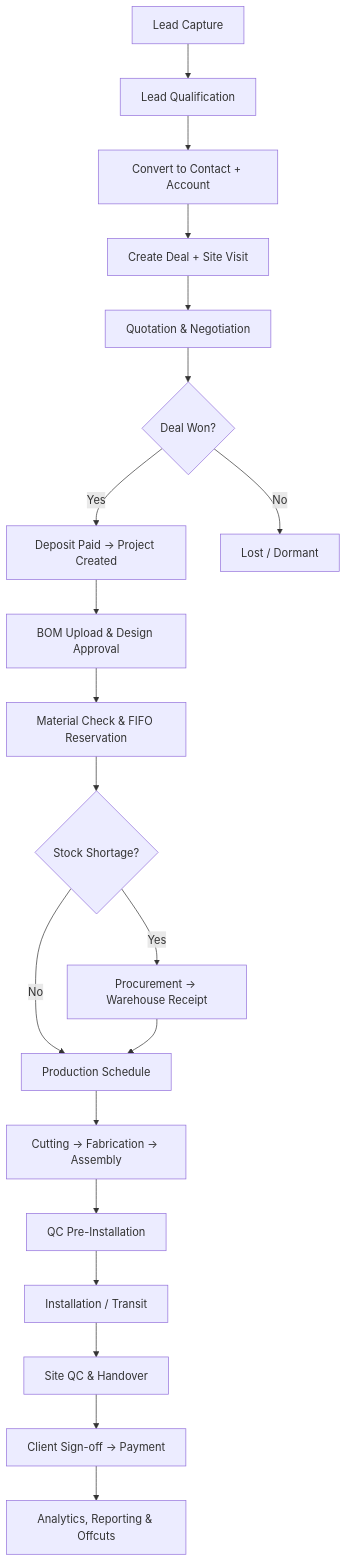
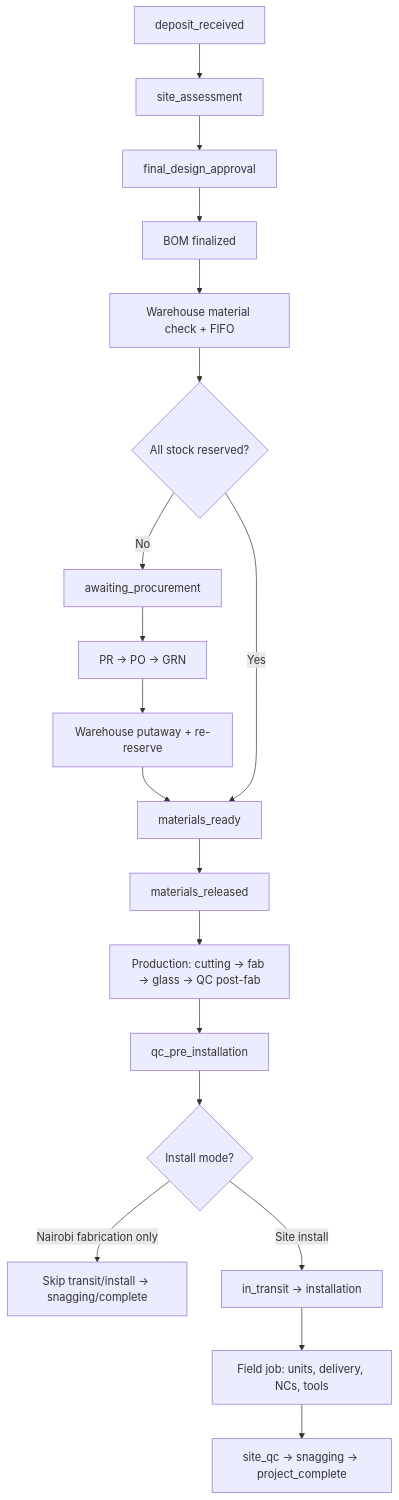
Before and after one commit to hassankirwa/BiboErm-Prod: the second of 3 diagrams in README.md, drawn with Mermaid. The commit also changed other lines of this file and 151 other files, not shown here.

First line of the commit message:
feat(ops): harden warehouse reservations, glass orders, and production flow

````diff
--- a/README.md
+++ b/README.md
@@ -63,22 +79,21 @@
 ```mermaid
 flowchart TD
-    A[Lead Capture] --> B[Lead Qualification]
-    B --> C[Convert to Contact + Account]
-    C --> D[Create Deal + Site Visit]
-    D --> E[Quotation & Negotiation]
-    E --> F{Deal Won?}
-    F -->|Yes| G[Deposit Paid → Project Created]
-    F -->|No| H[Lost / Dormant]
-    G --> I[BOM Upload & Design Approval]
-    I --> J[Material Check & FIFO Reservation]
-    J --> K{Stock Shortage?}
-    K -->|Yes| L[Procurement → Warehouse Receipt]
-    K -->|No| M[Production Schedule]
-    L --> M
-    M --> N[Cutting → Fabrication → Assembly]
-    N --> O[QC Pre-Installation]
-    O --> P[Installation / Transit]
-    P --> Q[Site QC & Handover]
-    Q --> R[Client Sign-off → Payment]
-    R --> S[Analytics, Reporting & Offcuts]
+    A[deposit_received] --> B[site_assessment]
+    B --> C[final_design_approval]
+    C --> D[BOM finalized]
+    D --> E[Warehouse material check + FIFO]
+    E --> F{All stock reserved?}
+    F -->|No| G[awaiting_procurement]
+    G --> H[PR → PO → GRN]
+    H --> I[Warehouse putaway + re-reserve]
+    I --> J[materials_ready]
+    F -->|Yes| J
+    J --> K[materials_released]
+    K --> L[Production: cutting → fab → glass → QC post-fab]
+    L --> M[qc_pre_installation]
+    M --> N{Install mode?}
+    N -->|Nairobi fabrication only| O[Skip transit/install → snagging/complete]
+    N -->|Site install| P[in_transit → installation]
+    P --> Q[Field job: units, delivery, NCs, tools]
+    Q --> R[site_qc → snagging → project_complete]
 ```
````
